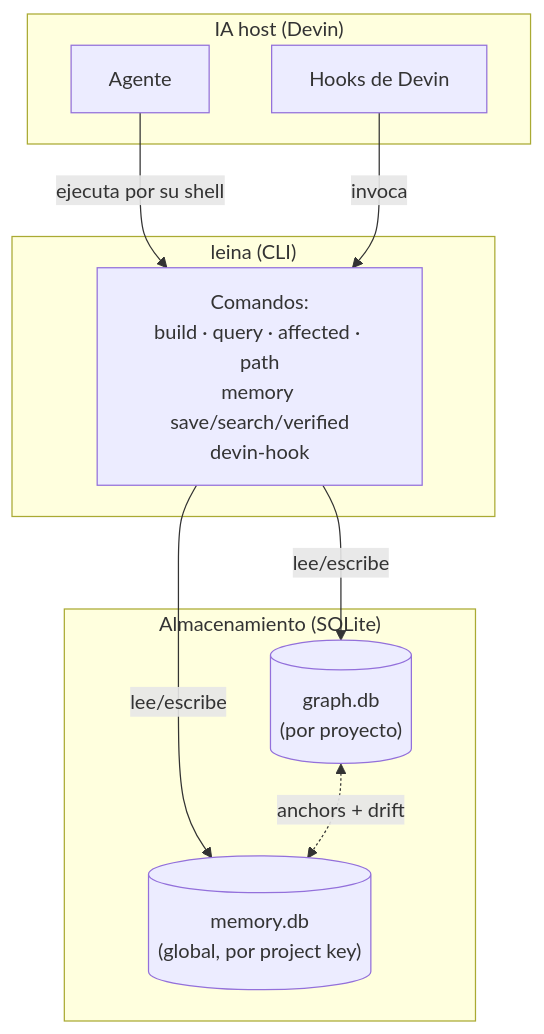
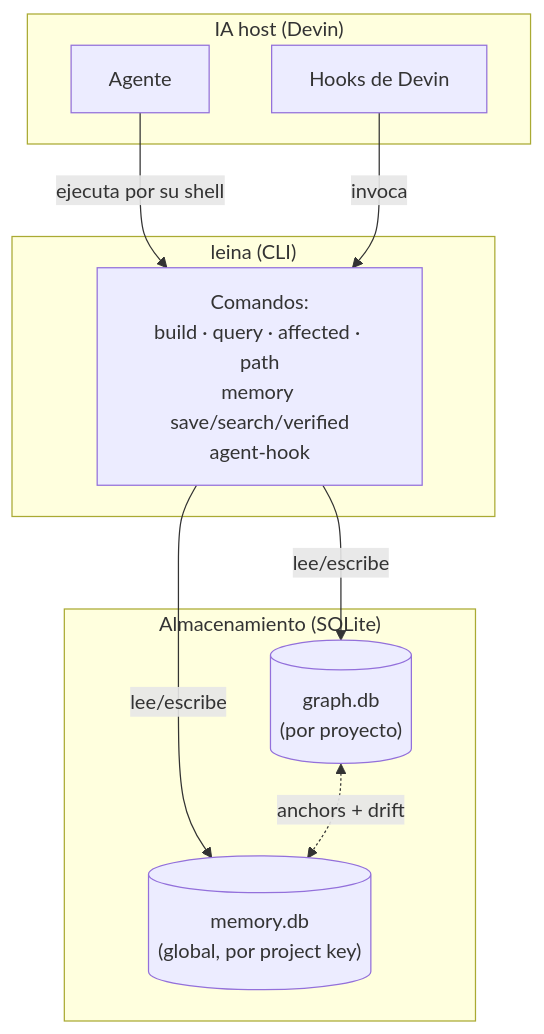
Before and after one commit to Kolimar/leina: the diagram in docs/concepts/README.md, drawn with Mermaid. The commit also changed 22 other files, not shown here.

````diff
--- a/docs/concepts/README.md
+++ b/docs/concepts/README.md
@@ -65,22 +65,22 @@
 ```mermaid
 flowchart TB
     subgraph host["IA host (Devin)"]
         agent["Agente"]
         hooks["Hooks de Devin"]
     end
 
     subgraph cli["leina (CLI)"]
-        cmds["Comandos:<br/>build · query · affected · path<br/>memory save/search/verified<br/>devin-hook"]
+        cmds["Comandos:<br/>build · query · affected · path<br/>memory save/search/verified<br/>agent-hook"]
     end
 
     subgraph stores["Almacenamiento (SQLite)"]
         graphdb[("graph.db<br/>(por proyecto)")]
         memdb[("memory.db<br/>(global, por project key)")]
     end
 
     agent -->|ejecuta por su shell| cmds
     hooks -->|invoca| cmds
     cmds -->|lee/escribe| graphdb
     cmds -->|lee/escribe| memdb
     graphdb <-.->|anchors + drift| memdb
 ```
````
